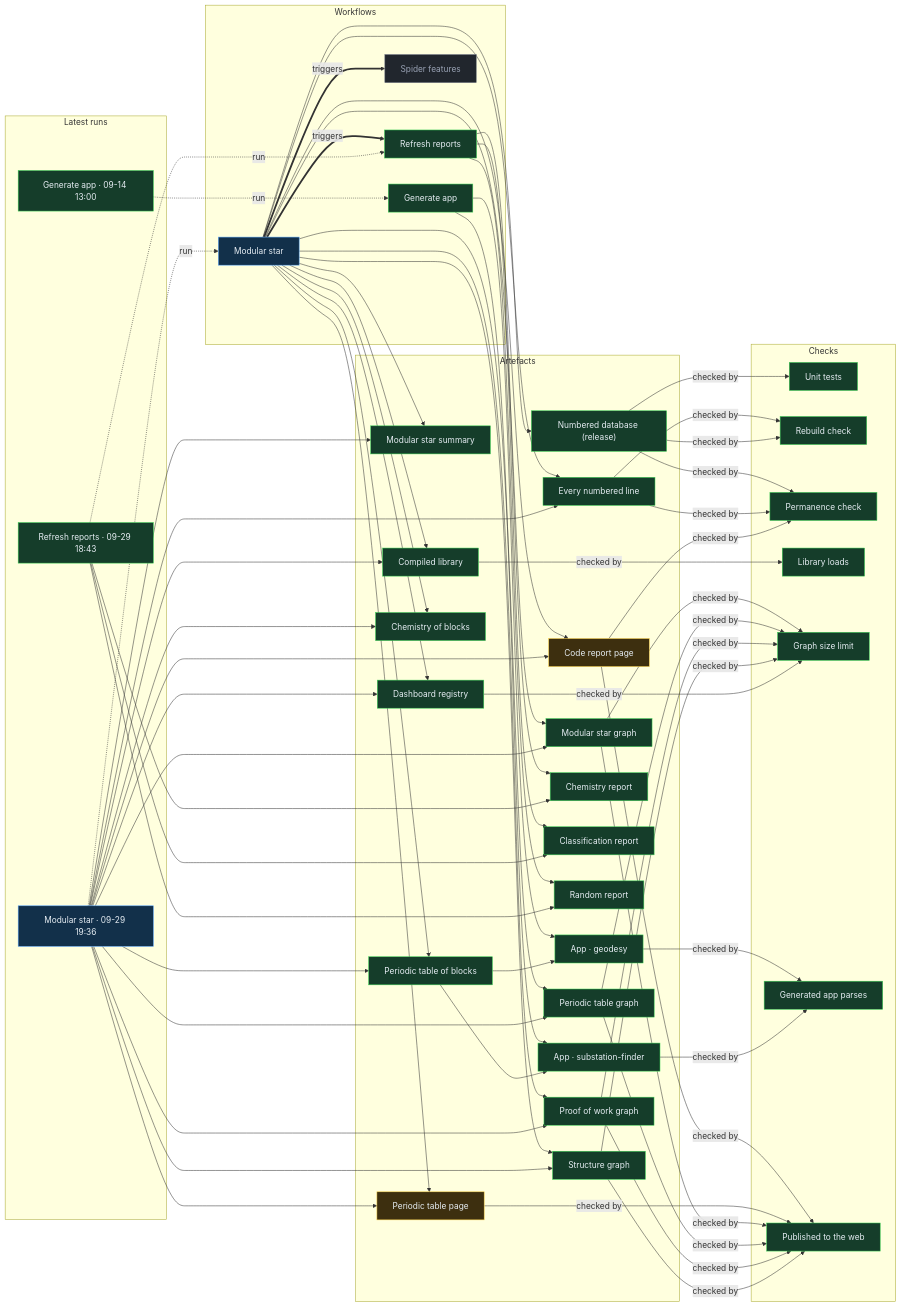
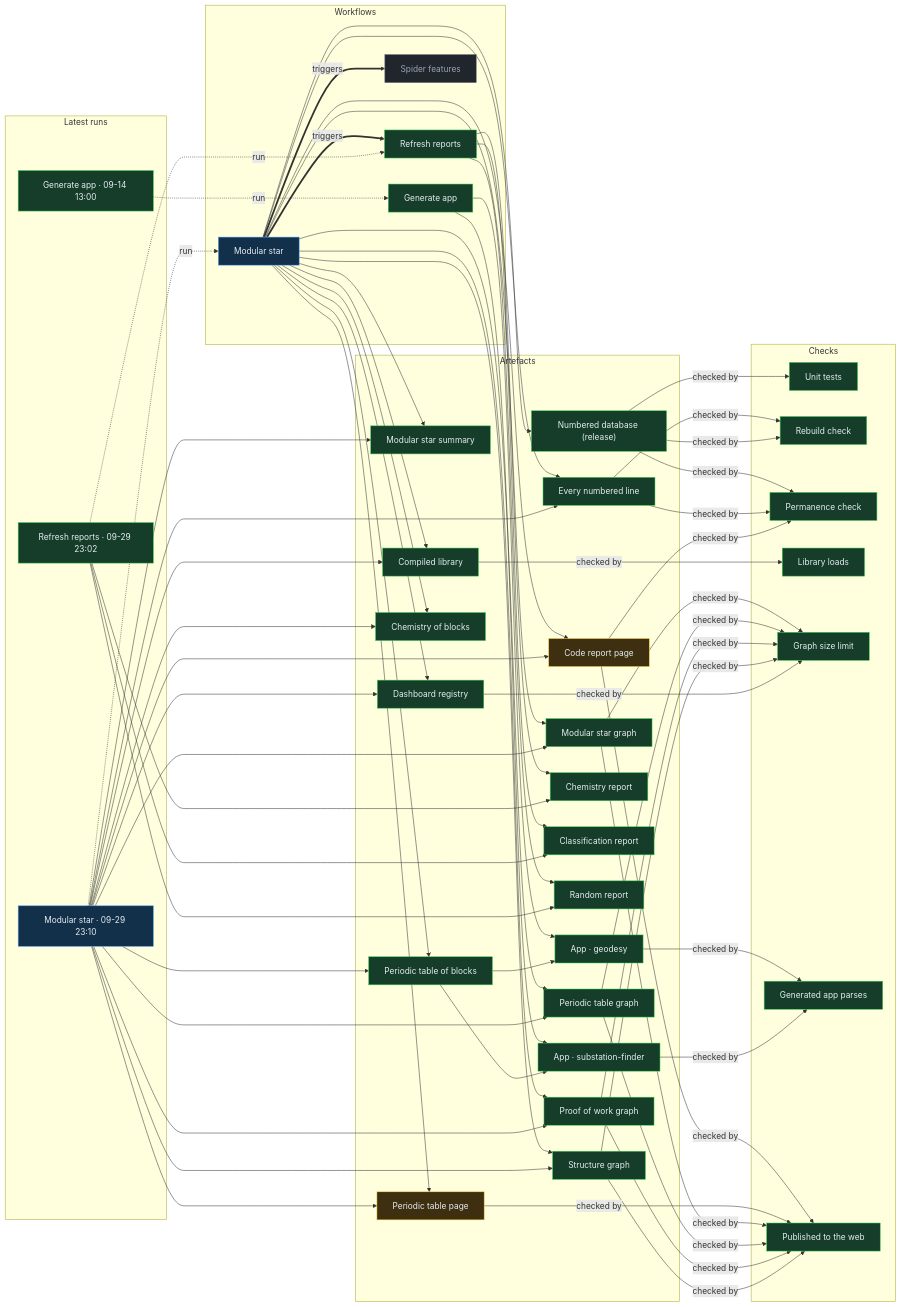
The diagram in proof/PROOF.md (Ventusltd/stars), drawn with Mermaid before and after one commit. The commit also changed other lines of this file and 37 other files, not shown here.

Commit message:
Modular star 2026-09-29T23:12Z

```diff
--- a/proof/PROOF.md
+++ b/proof/PROOF.md
@@ -24,8 +24,8 @@
   n_wf_spider_features["Spider features"]:::off
   end
   subgraph g_runs["Latest runs"]
-  n_run_36620458094["Modular star · 09-29 19:36"]:::live
-  n_run_36614048630["Refresh reports · 09-29 18:43"]:::ok
+  n_run_36643723452["Modular star · 09-29 23:10"]:::live
+  n_run_36643045053["Refresh reports · 09-29 23:02"]:::ok
   n_run_34846587798["Generate app · 09-14 13:00"]:::ok
   end
   subgraph g_artefacts["Artefacts"]
@@ -59,39 +59,39 @@
   end
   n_wf_modular_star == triggers ==> n_wf_refresh
   n_wf_modular_star == triggers ==> n_wf_spider_features
-  n_run_36620458094 -. run .-> n_wf_modular_star
-  n_run_36614048630 -. run .-> n_wf_refresh
+  n_run_36643723452 -. run .-> n_wf_modular_star
+  n_run_36643045053 -. run .-> n_wf_refresh
   n_run_34846587798 -. run .-> n_wf_generate
   n_wf_modular_star --> n_art_summary
-  n_run_36620458094 --> n_art_summary
+  n_run_36643723452 --> n_art_summary
   n_wf_modular_star --> n_art_lines
-  n_run_36620458094 --> n_art_lines
+  n_run_36643723452 --> n_art_lines
   n_wf_modular_star --> n_art_code
-  n_run_36620458094 --> n_art_code
+  n_run_36643723452 --> n_art_code
   n_wf_modular_star --> n_art_modular_graph
-  n_run_36620458094 --> n_art_modular_graph
+  n_run_36643723452 --> n_art_modular_graph
   n_wf_modular_star --> n_art_blocks
-  n_run_36620458094 --> n_art_blocks
+  n_run_36643723452 --> n_art_blocks
   n_wf_modular_star --> n_art_table
-  n_run_36620458094 --> n_art_table
+  n_run_36643723452 --> n_art_table
   n_wf_modular_star --> n_art_blocks_graph
-  n_run_36620458094 --> n_art_blocks_graph
+  n_run_36643723452 --> n_art_blocks_graph
   n_wf_modular_star --> n_art_reactions
-  n_run_36620458094 --> n_art_reactions
+  n_run_36643723452 --> n_art_reactions
   n_wf_modular_star --> n_art_library
-  n_run_36620458094 --> n_art_library
+  n_run_36643723452 --> n_art_library
   n_wf_modular_star --> n_art_features
-  n_run_36620458094 --> n_art_features
+  n_run_36643723452 --> n_art_features
   n_wf_modular_star --> n_art_proof
-  n_run_36620458094 --> n_art_proof
+  n_run_36643723452 --> n_art_proof
   n_wf_modular_star --> n_art_structure
-  n_run_36620458094 --> n_art_structure
+  n_run_36643723452 --> n_art_structure
   n_wf_refresh --> n_art_chemistry
-  n_run_36614048630 --> n_art_chemistry
+  n_run_36643045053 --> n_art_chemistry
   n_wf_refresh --> n_art_vedic
-  n_run_36614048630 --> n_art_vedic
+  n_run_36643045053 --> n_art_vedic
   n_wf_refresh --> n_art_random
-  n_run_36614048630 --> n_art_random
+  n_run_36643045053 --> n_art_random
   n_wf_modular_star --> n_art_release
   n_wf_generate --> n_app_geodesy
   n_art_blocks --> n_app_geodesy
```
